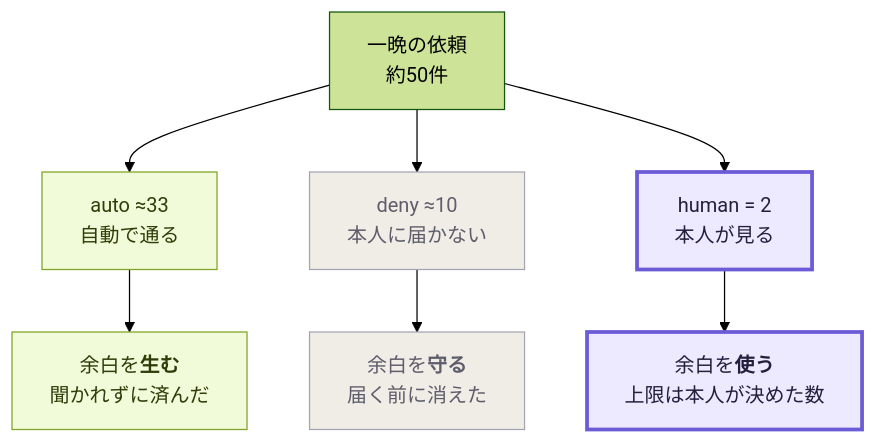
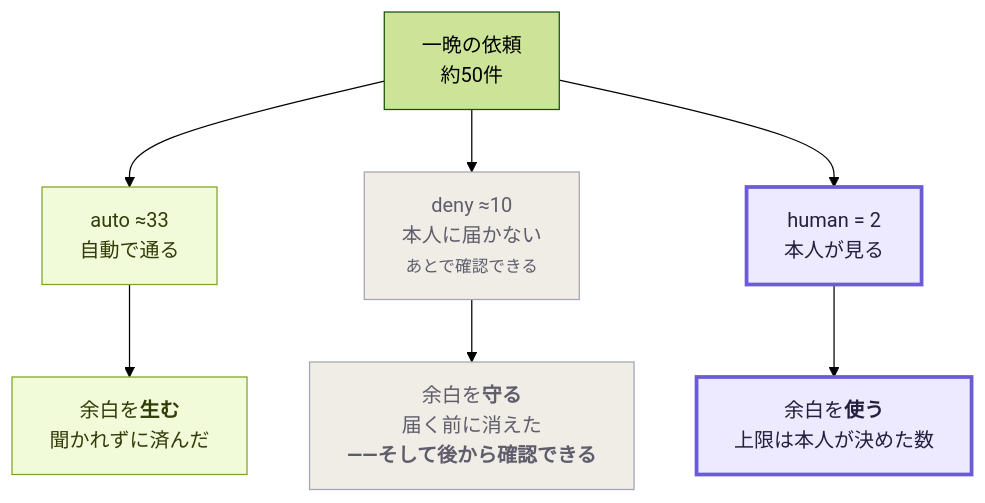
Before and after one commit to kou-uni/ethglobal-tokyo2026-uni: the third of 16 diagrams in docs/product/STORY.md, drawn with Mermaid (forest theme). The commit also changed other lines of this file and 12 other files, not shown here.

````diff
--- a/docs/product/STORY.md
+++ b/docs/product/STORY.md
@@ -52,16 +52,16 @@
 ```mermaid
 flowchart TB
   IN["一晩の依頼<br/>約50件"]
   IN --> A["auto ≈33<br/>自動で通る"]
-  IN --> D["deny ≈10<br/>本人に届かない"]
+  IN --> D["deny ≈10<br/>本人に届かない<br/><small>あとで確認できる</small>"]
   IN --> H["human = 2<br/>本人が見る"]
   A --> SA["余白を<b>生む</b><br/>聞かれずに済んだ"]
-  D --> SD["余白を<b>守る</b><br/>届く前に消えた"]
+  D --> SD["余白を<b>守る</b><br/>届く前に消えた<br/><b>——そして後から確認できる</b>"]
   H --> SH["余白を<b>使う</b><br/>上限は本人が決めた数"]
   classDef g fill:#F2FBD9,stroke:#7FA326,color:#2F3D09
   classDef r fill:#EFEDE6,stroke:#A6A3B4,color:#5F5D6B
   classDef p fill:#EDE9FF,stroke:#6B5BD6,stroke-width:3px,color:#241f3d
   class A,SA g
   class D,SD r
   class H,SH p
 ```
````
